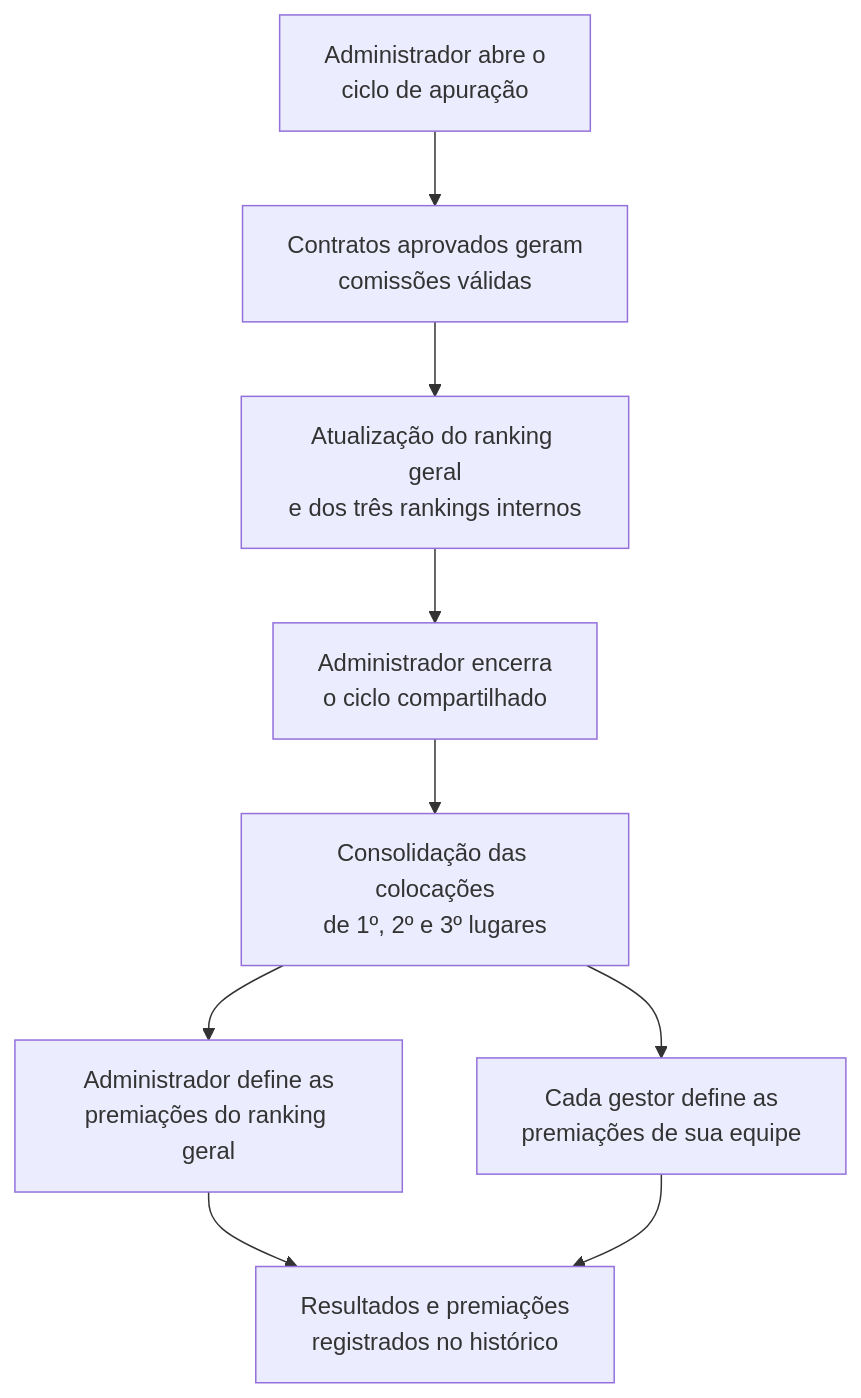
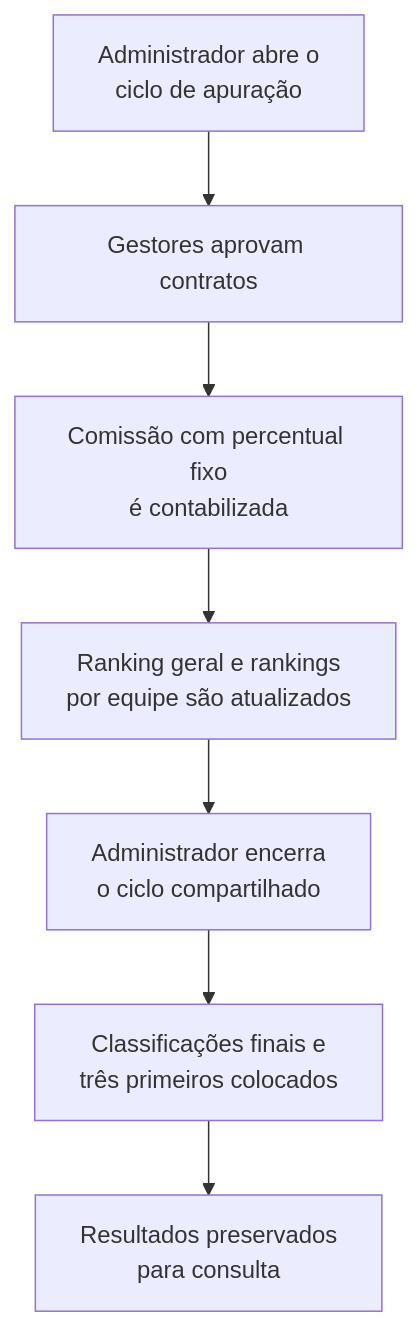
One commit to KauanRodolfo/Pim-2-ADS changed the third of 3 diagrams in Docs/01-Empresa/caracterização_da_DMcom.md. Above: the diagram before and after it, drawn with Mermaid. The commit also changed other lines of this file, not shown here.

Commit message:
Adicionei o percentual de comissões, e possibilidades de evolução do projeto

````diff
--- a/Docs/01-Empresa/caracterização_da_DMcom.md
+++ b/Docs/01-Empresa/caracterização_da_DMcom.md
@@ -96,11 +96,9 @@
 ```mermaid
 flowchart TD
-    A["Administrador abre o<br/>ciclo de apuração"] --> B["Contratos aprovados geram<br/>comissões válidas"]
-    B --> C["Atualização do ranking geral<br/>e dos três rankings internos"]
-    C --> D["Administrador encerra<br/>o ciclo compartilhado"]
-    D --> E["Consolidação das colocações<br/>de 1º, 2º e 3º lugares"]
-    E --> F["Administrador define as<br/>premiações do ranking geral"]
-    E --> G["Cada gestor define as<br/>premiações de sua equipe"]
-    F --> H["Resultados e premiações<br/>registrados no histórico"]
-    G --> H
+    A["Administrador abre o<br/>ciclo de apuração"] --> B["Gestores aprovam contratos"]
+    B --> C["Comissão com percentual fixo<br/>é contabilizada"]
+    C --> D["Ranking geral e rankings<br/>por equipe são atualizados"]
+    D --> E["Administrador encerra<br/>o ciclo compartilhado"]
+    E --> F["Classificações finais e<br/>três primeiros colocados"]
+    F --> G["Resultados preservados<br/>para consulta"]
 ```
````
